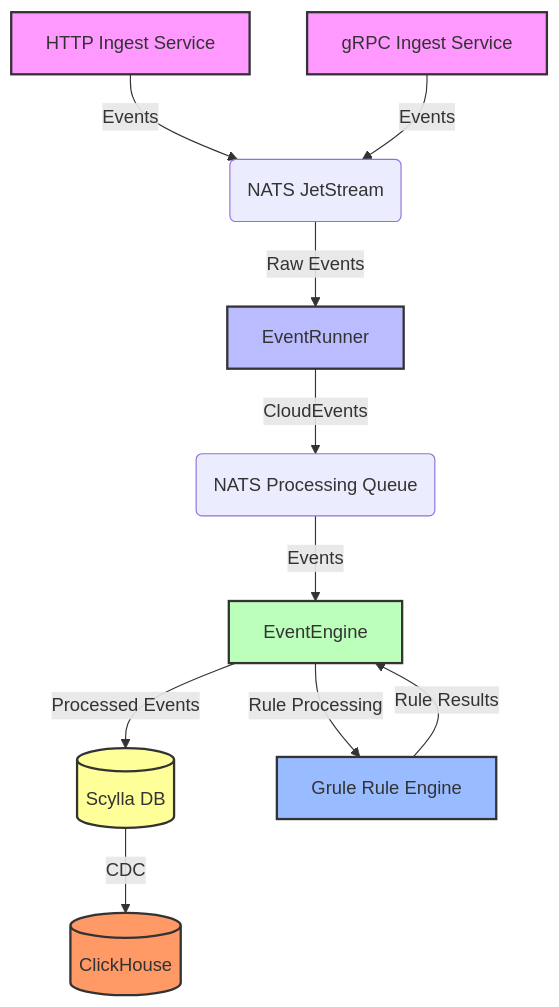
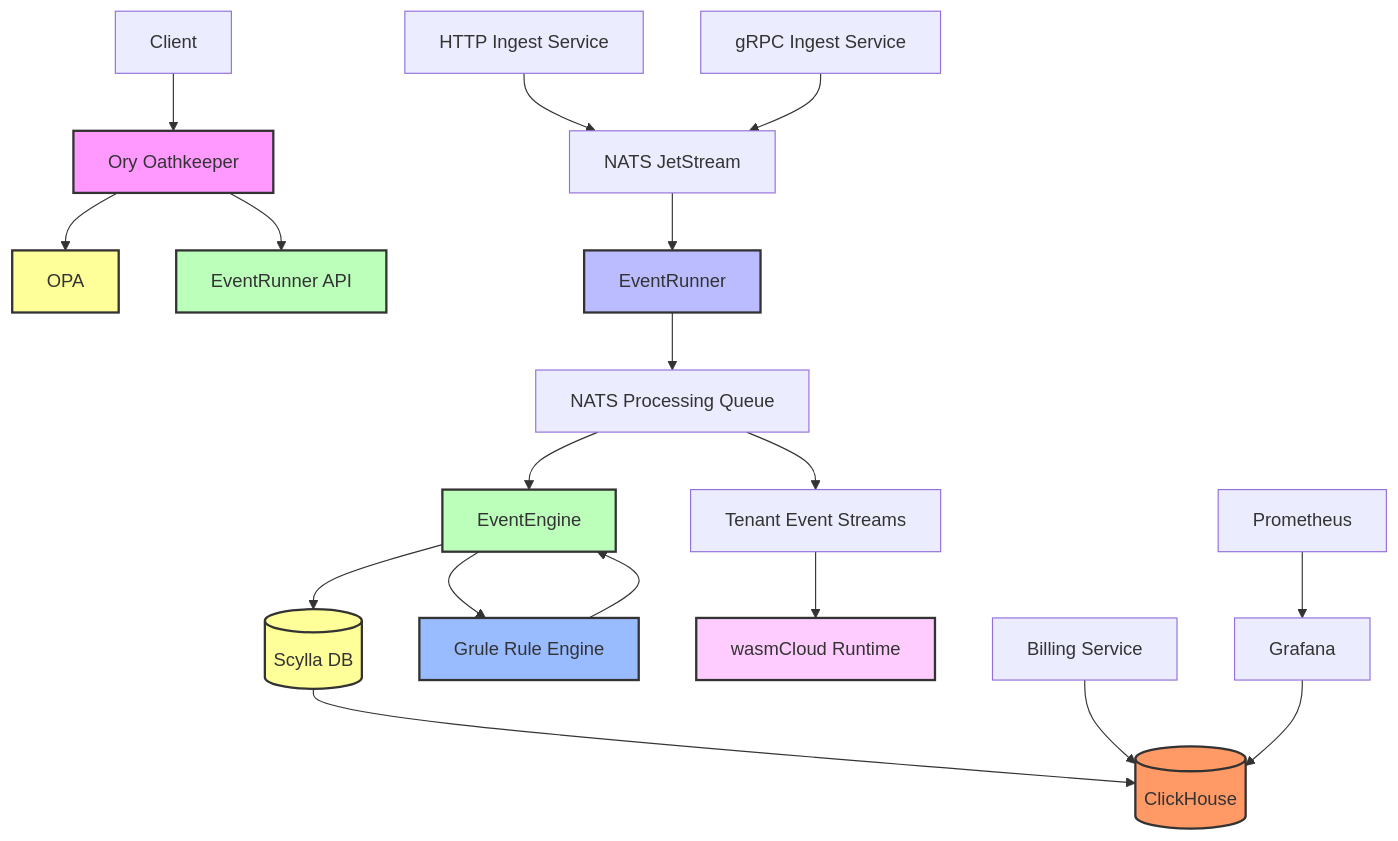
The diagram in README.md (carverauto/eventrunner), drawn with Mermaid before and after one commit. The commit also changed other lines of this file and 2 other files, not shown here.

````diff
--- a/README.md
+++ b/README.md
@@ -11,20 +11,30 @@
 ```mermaid
 graph TD
-    A[HTTP Ingest Service] -->|Events| B(NATS JetStream)
-    C[gRPC Ingest Service] -->|Events| B
-    B -->|Raw Events| D[EventRunner]
-    D -->|CloudEvents| E(NATS Processing Queue)
-    E -->|Events| F[EventEngine]
-    F -->|Processed Events| G[(Scylla DB)]
-    G -->|CDC| H[(ClickHouse)]
-    F -->|Rule Processing| I[Grule Rule Engine]
-    I -->|Rule Results| F
+    A[Client] --> B[Ory Oathkeeper]
+    B --> C[OPA]
+    B --> D[EventRunner API]
+    E[HTTP Ingest Service] --> F[NATS JetStream]
+    G[gRPC Ingest Service] --> F
+    F --> H[EventRunner]
+    H --> I[NATS Processing Queue]
+    I --> J[EventEngine]
+    J --> K[(Scylla DB)]
+    K --> L[(ClickHouse)]
+    J --> M[Grule Rule Engine]
+    M --> J
+    I --> N[Tenant Event Streams]
+    N --> O[wasmCloud Runtime]
+    P[Billing Service] --> L
+    Q[Grafana] --> L
+    R[Prometheus] --> Q
 
-    style A fill:#f9f,stroke:#333,stroke-width:2px
-    style C fill:#f9f,stroke:#333,stroke-width:2px
-    style D fill:#bbf,stroke:#333,stroke-width:2px
-    style F fill:#bfb,stroke:#333,stroke-width:2px
-    style G fill:#ff9,stroke:#333,stroke-width:2px
-    style H fill:#f96,stroke:#333,stroke-width:2px
-    style I fill:#9bf,stroke:#333,stroke-width:2px
+    style B fill:#f9f,stroke:#333,stroke-width:2px
+    style C fill:#ff9,stroke:#333,stroke-width:2px
+    style D fill:#bfb,stroke:#333,stroke-width:2px
+    style H fill:#bbf,stroke:#333,stroke-width:2px
+    style J fill:#bfb,stroke:#333,stroke-width:2px
+    style K fill:#ff9,stroke:#333,stroke-width:2px
+    style L fill:#f96,stroke:#333,stroke-width:2px
+    style M fill:#9bf,stroke:#333,stroke-width:2px
+    style O fill:#fcf,stroke:#333,stroke-width:2px
 ```
````
